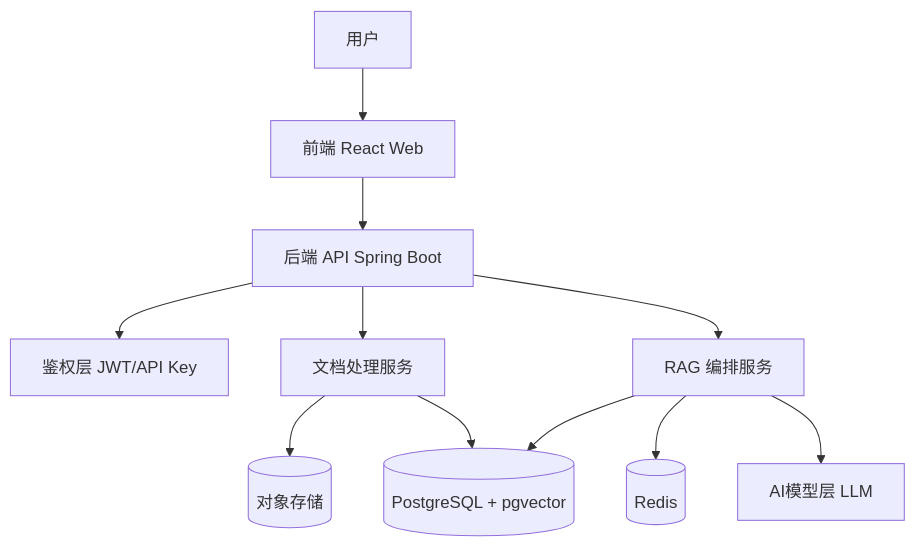
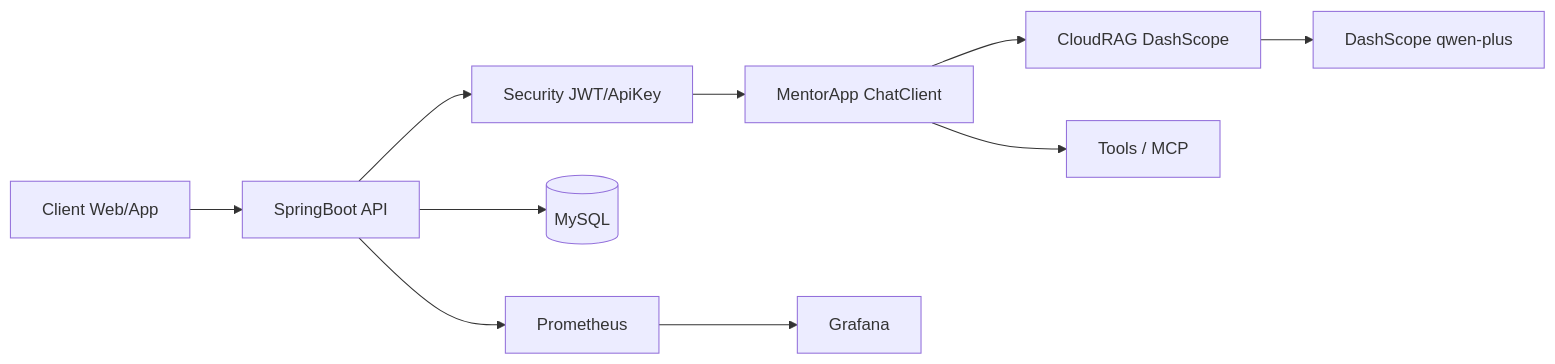
The diagram in README.md (Eddie1-code/ai-agent), drawn with Mermaid before and after one commit. The commit also changed other lines of this file and 8 other files, not shown here.

First line of the commit message:
docs: enhance README with architecture diagram, Prometheus/Grafana monitoring guide, and project structure

````diff
--- a/README.md
+++ b/README.md
@@ -43,24 +33,19 @@
 ```mermaid
-flowchart TB
-    U[用户]
-    FE[前端 React Web]
-    API[后端 API Spring Boot]
-    AUTH[鉴权层 JWT/API Key]
-    DOC[文档处理服务]
-    RAG[RAG 编排服务]
-    LLM[AI模型层 LLM]
-    DB[(PostgreSQL + pgvector)]
-    CACHE[(Redis)]
-    OBJ[(对象存储)]
+flowchart LR
+    Client[Client Web/App]
+    API[SpringBoot API]
+    Sec[Security JWT/ApiKey]
+    Mentor[MentorApp ChatClient]
+    RAG[CloudRAG DashScope]
+    Tools[Tools / MCP]
+    MySQL[(MySQL)]
+    LLM[DashScope qwen-plus]
+    Prometheus[Prometheus]
+    Grafana[Grafana]
 
-    U --> FE
-    FE --> API
-    API --> AUTH
-    API --> DOC
-    API --> RAG
-    DOC --> OBJ
-    DOC --> DB
-    RAG --> DB
-    RAG --> CACHE
-    RAG --> LLM
+    Client --> API --> Sec --> Mentor
+    Mentor --> RAG --> LLM
+    Mentor --> Tools
+    API --> MySQL
+    API --> Prometheus --> Grafana
 ```
````
